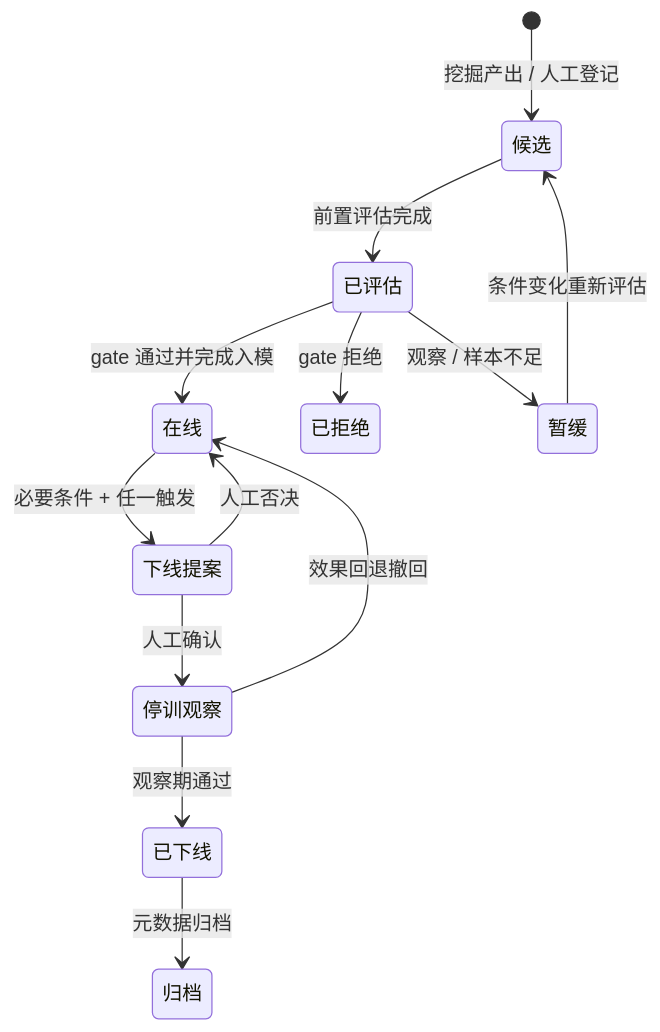
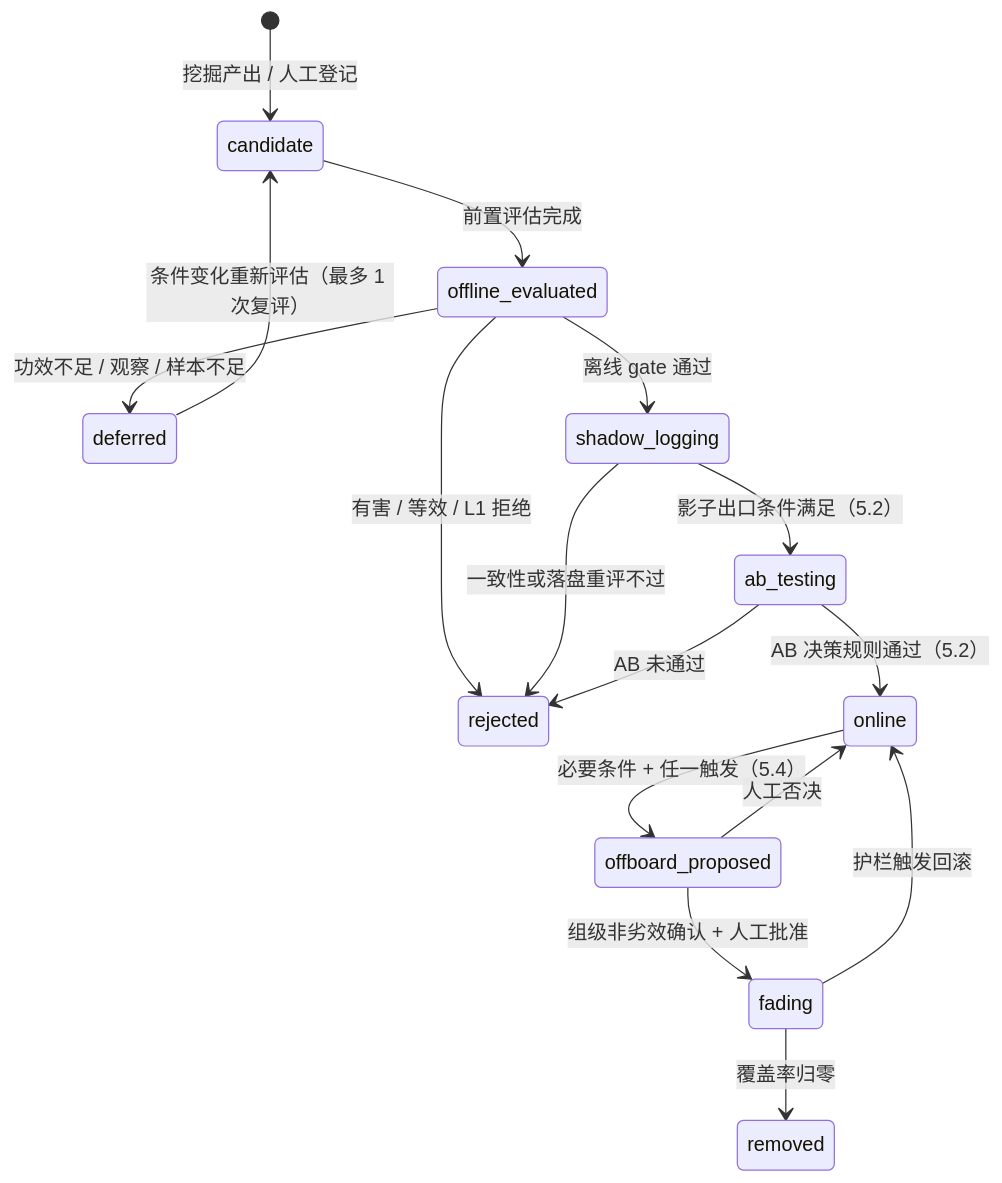
Before and after one commit to Milittle/feature-engineering: the third of 3 diagrams in docs/总体方案设计.md, drawn with Mermaid. The commit also changed other lines of this file and 8 other files, not shown here.

````diff
--- a/docs/总体方案设计.md
+++ b/docs/总体方案设计.md
@@ -316,15 +558,18 @@
 ```mermaid
 stateDiagram-v2
-  [*] --> 候选: 挖掘产出 / 人工登记
-  候选 --> 已评估: 前置评估完成
-  已评估 --> 在线: gate 通过并完成入模
-  已评估 --> 已拒绝: gate 拒绝
-  已评估 --> 暂缓: 观察 / 样本不足
-  暂缓 --> 候选: 条件变化重新评估
-  在线 --> 下线提案: 必要条件 + 任一触发
-  下线提案 --> 在线: 人工否决
-  下线提案 --> 停训观察: 人工确认
-  停训观察 --> 在线: 效果回退撤回
-  停训观察 --> 已下线: 观察期通过
-  已下线 --> 归档: 元数据归档
+  [*] --> candidate: 挖掘产出 / 人工登记
+  candidate --> offline_evaluated: 前置评估完成
+  offline_evaluated --> rejected: 有害 / 等效 / L1 拒绝
+  offline_evaluated --> deferred: 功效不足 / 观察 / 样本不足
+  deferred --> candidate: 条件变化重新评估（最多 1 次复评）
+  offline_evaluated --> shadow_logging: 离线 gate 通过
+  shadow_logging --> ab_testing: 影子出口条件满足（5.2）
+  shadow_logging --> rejected: 一致性或落盘重评不过
+  ab_testing --> online: AB 决策规则通过（5.2）
+  ab_testing --> rejected: AB 未通过
+  online --> offboard_proposed: 必要条件 + 任一触发（5.4）
+  offboard_proposed --> online: 人工否决
+  offboard_proposed --> fading: 组级非劣效确认 + 人工批准
+  fading --> online: 护栏触发回滚
+  fading --> removed: 覆盖率归零
 ```
````
